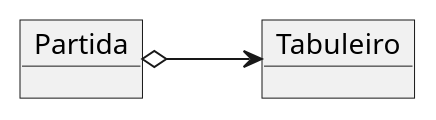
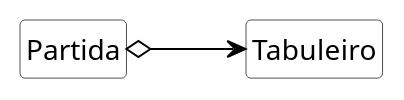
The diagram in imagens/modelos-06/mod06ima01/mod06ima01.plantuml (kyriosdata/oo), drawn with PlantUML before and after one commit. The commit also changed 2 other files, not shown here.

```diff
--- a/imagens/modelos-06/mod06ima01/mod06ima01.plantuml
+++ b/imagens/modelos-06/mod06ima01/mod06ima01.plantuml
@@ -1,6 +1,15 @@
 @startuml mod06ima01
-object "Partida" as pa
-object "Tabuleiro" as ta
+hide circle
+hide methods
+hide empty members
+
+skinparam class {
+    BackgroundColor White
+    ArrowColor Black
+    BorderColor #505050
+}
+class "Partida" as pa
+class "Tabuleiro" as ta
 left to right direction
 pa o--> ta 
 @enduml
```
